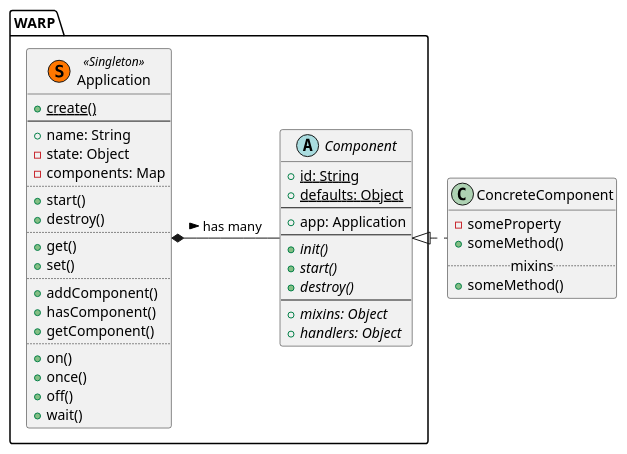
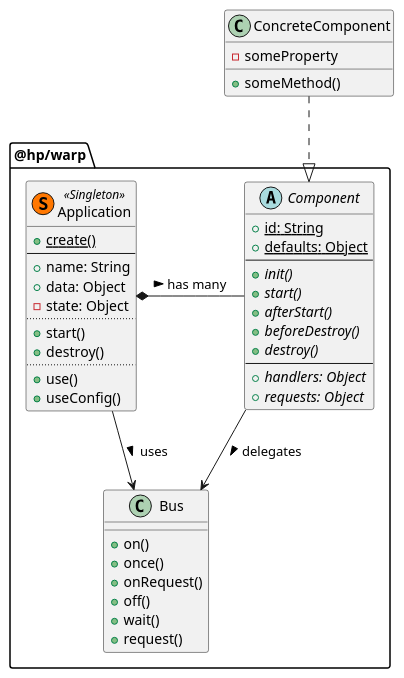
One commit to Potrata/warp changed the diagram in doc/classes.puml. Above: the diagram before and after it, drawn with PlantUML. The commit also changed 14 other files, not shown here.

```diff
--- a/doc/classes.puml
+++ b/doc/classes.puml
@@ -1,51 +1,53 @@
 @startuml
 
-package WARP {
+package @hp/warp {
     class Application <<(S,#FF7700) Singleton>> {
       +{static}create()
       ----
       +name: String
+      +data: Object
       -state: Object
-      -components: Map
       ....
       +start()
       +destroy()
       ....
-      +get()
-      +set()
-      ....
-      +addComponent()
-      +hasComponent()
-      +getComponent()
-      ....
+      +use()
+      +useConfig()
+    }
+
+    class Bus {
       +on()
       +once()
+      +onRequest()
       +off()
       +wait()
+      +request()
     }
 
     abstract Component {
       +{static} id: String
       +{static} defaults: Object
       ----
-      +app: Application
-      ----
       +{abstract}init()
       +{abstract}start()
+      +{abstract}afterStart()
+      +{abstract}beforeDestroy()
       +{abstract}destroy()
       ----
-      +{abstract}mixins: Object
       +{abstract}handlers: Object
+      +{abstract}requests: Object
     }
 
+    Application --> Bus: > uses
     Application *- Component: > has many
+    Component --> Bus: > delegates
 }
+
 class ConcreteComponent {
   -someProperty
   +someMethod()
-  ..mixins..
-  +someMethod()
 }
-Component <|. ConcreteComponent
+
+Component <|.up. ConcreteComponent
 
 @enduml
```
